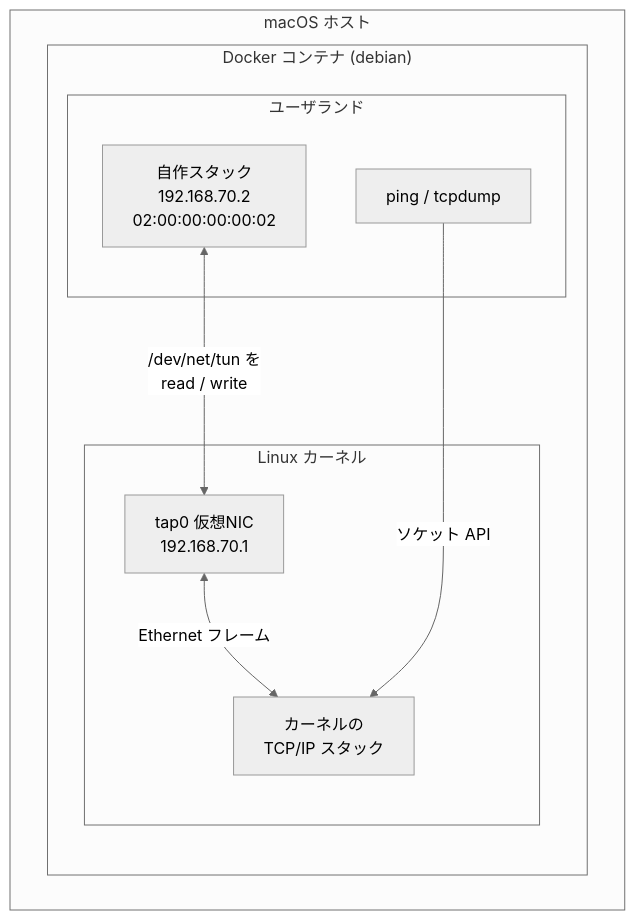
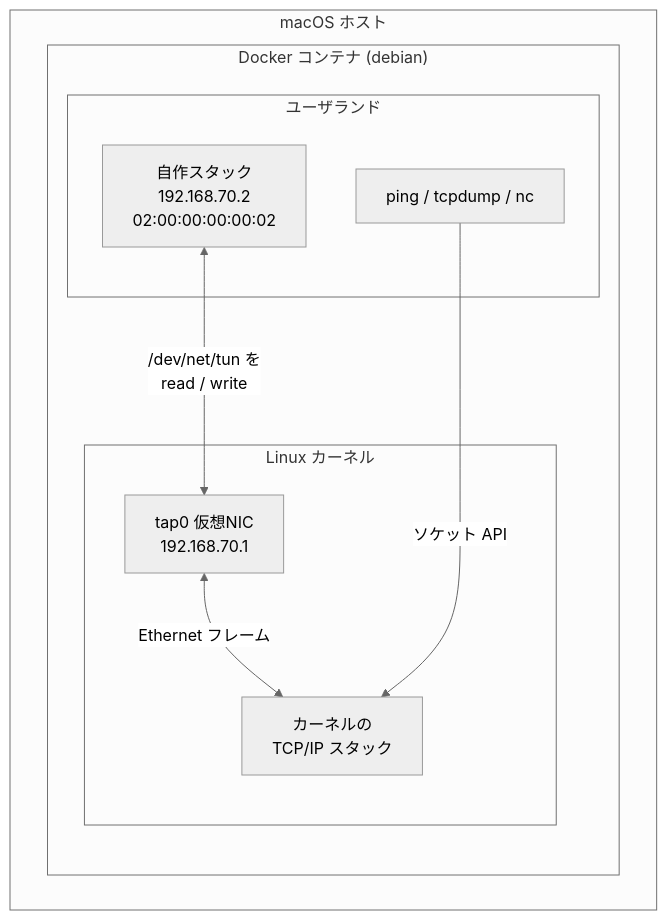
Before and after one commit to JauneBrillant/tcpipz: the first of 3 diagrams in README.md, drawn with Mermaid (neutral theme). The commit also changed other lines of this file, not shown here.

````diff
--- a/README.md
+++ b/README.md
@@ -7,19 +13,19 @@
 ```mermaid
 flowchart TB
     subgraph host["macOS ホスト"]
         subgraph container["Docker コンテナ (debian)"]
             subgraph user["ユーザランド"]
                 prog["自作スタック<br/>192.168.70.2<br/>02:00:00:00:00:02"]
-                tools["ping / tcpdump"]
+                tools["ping / tcpdump / nc"]
             end
             subgraph kernel["Linux カーネル"]
                 netstack["カーネルの<br/>TCP/IP スタック"]
                 tap["tap0 仮想NIC<br/>192.168.70.1"]
             end
         end
     end
 
     prog <-->|"/dev/net/tun を<br/>read / write"| tap
     tap <-->|"Ethernet フレーム"| netstack
     tools -->|"ソケット API"| netstack
 ```
````
